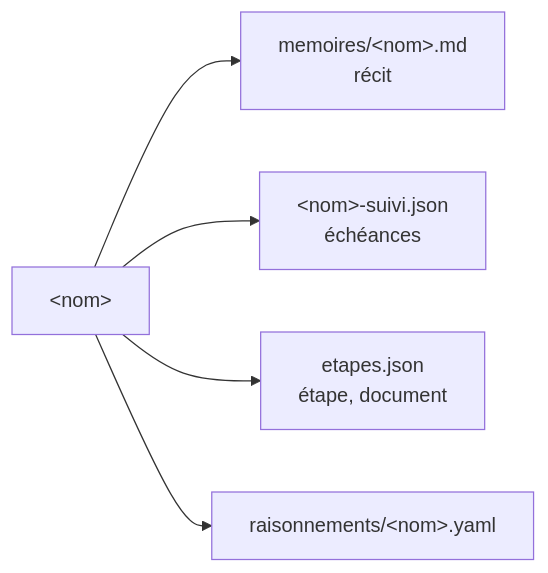
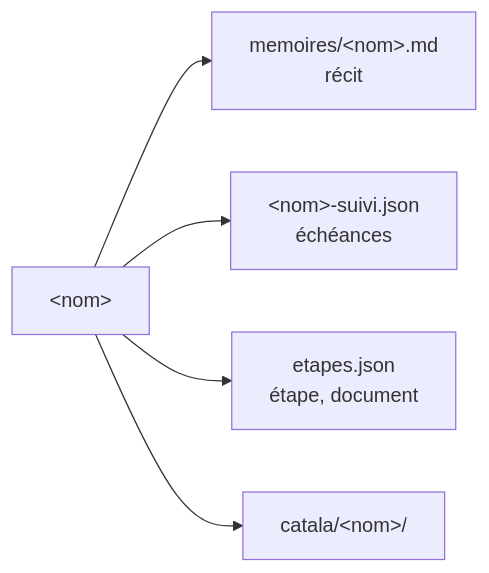
One commit to PieceMaker-Legal/piecemaker-droit-francais changed the diagram in docs/suivi-dossier.md. Above: the diagram before and after it, drawn with Mermaid. The commit also changed other lines of this file and 138 other files, not shown here.

````diff
--- a/docs/suivi-dossier.md
+++ b/docs/suivi-dossier.md
@@ -17,7 +17,7 @@
 ```mermaid
 flowchart LR
   N["&lt;nom&gt;"] --> M["memoires/&lt;nom&gt;.md<br/>récit"]
   N --> S["&lt;nom&gt;-suivi.json<br/>échéances"]
   N --> E["etapes.json<br/>étape, document"]
-  N --> R["raisonnements/&lt;nom&gt;.yaml"]
+  N --> R["catala/&lt;nom&gt;/"]
 ```
````
